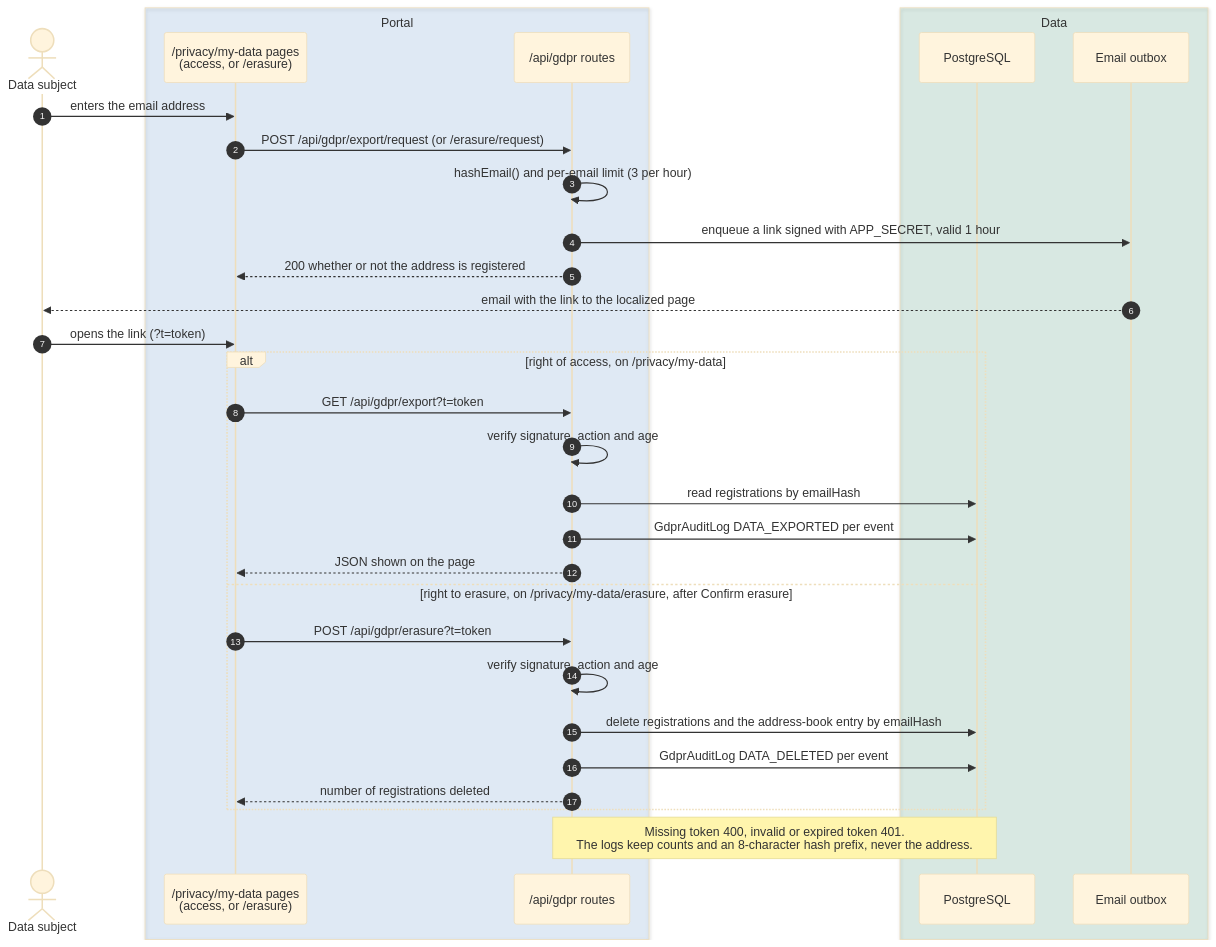
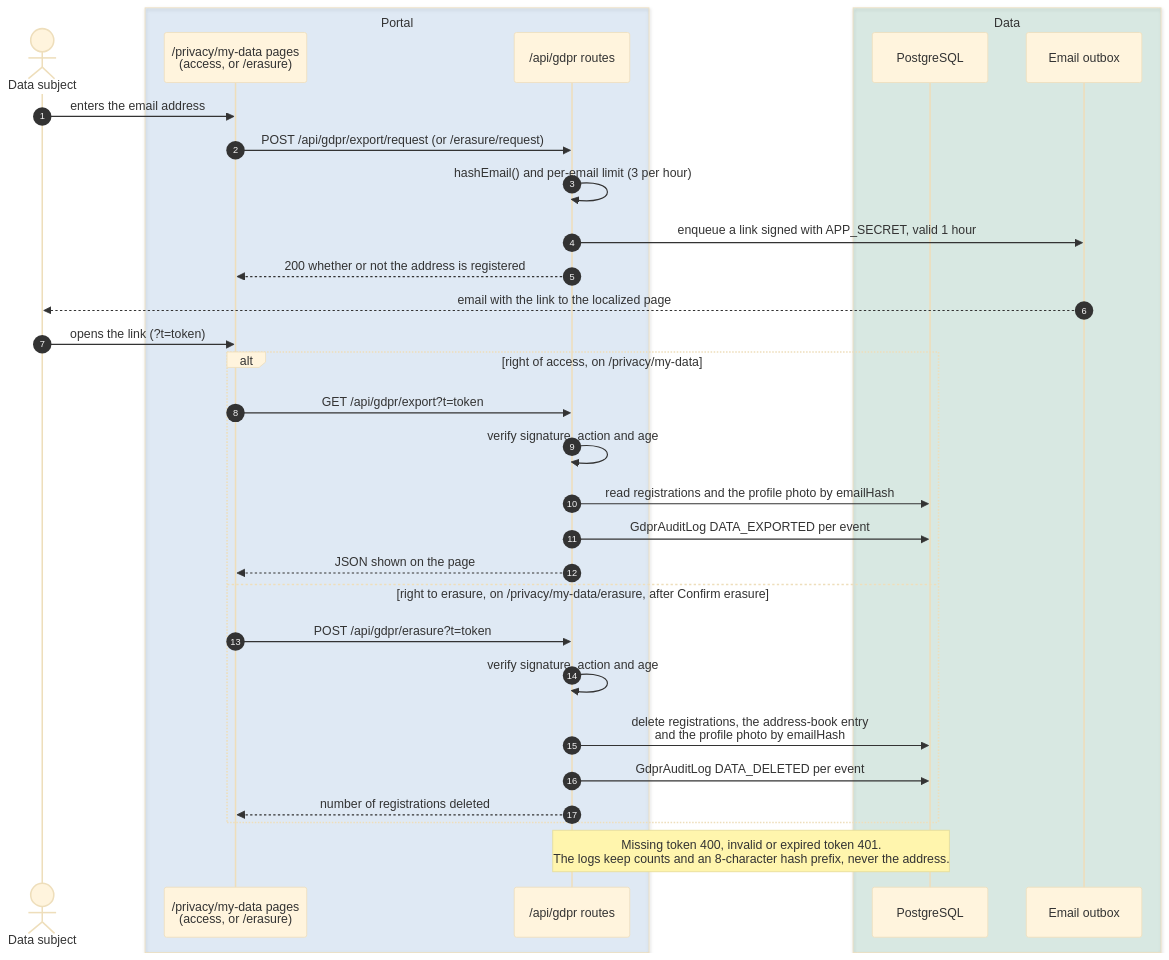
Before and after one commit to italia/pa-webinar: the third of 3 diagrams in docs/GDPR.md, drawn with Mermaid (base theme). The commit also changed other lines of this file and 23 other files, not shown here.

````diff
--- a/docs/GDPR.md
+++ b/docs/GDPR.md
@@ -239,35 +243,35 @@
 ```mermaid
 sequenceDiagram
   autonumber
   actor P as Data subject
   box rgba(0,102,204,0.10) Portal
     participant W as /privacy/my-data pages<br/>(access, or /erasure)
     participant API as /api/gdpr routes
   end
   box rgba(0,128,85,0.12) Data
     participant DB as PostgreSQL
     participant OB as Email outbox
   end
 
   P->>W: enters the email address
   W->>API: POST /api/gdpr/export/request (or /erasure/request)
   API->>API: hashEmail() and per-email limit (3 per hour)
   API->>OB: enqueue a link signed with APP_SECRET, valid 1 hour
   API-->>W: 200 whether or not the address is registered
   OB-->>P: email with the link to the localized page
   P->>W: opens the link (?t=token)
   alt right of access, on /privacy/my-data
     W->>API: GET /api/gdpr/export?t=token
     API->>API: verify signature, action and age
-    API->>DB: read registrations by emailHash
+    API->>DB: read registrations and the profile photo by emailHash
     API->>DB: GdprAuditLog DATA_EXPORTED per event
     API-->>W: JSON shown on the page
   else right to erasure, on /privacy/my-data/erasure, after Confirm erasure
     W->>API: POST /api/gdpr/erasure?t=token
     API->>API: verify signature, action and age
-    API->>DB: delete registrations and the address-book entry by emailHash
+    API->>DB: delete registrations, the address-book entry<br/>and the profile photo by emailHash
     API->>DB: GdprAuditLog DATA_DELETED per event
     API-->>W: number of registrations deleted
   end
   Note over API,DB: Missing token 400, invalid or expired token 401.<br/>The logs keep counts and an 8-character hash prefix, never the address.
 ```
````
